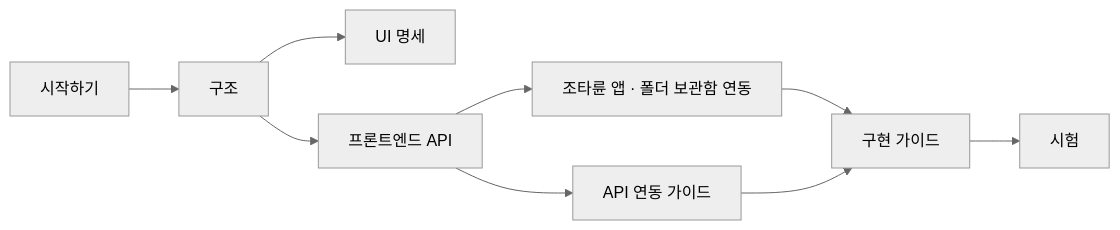
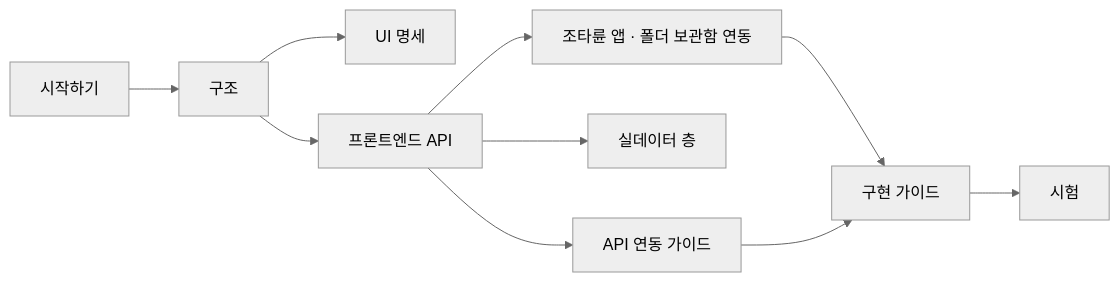
The diagram in common/lab.stellaxia.node-gui/web/docs/README.md (StellaxiaLab/modules), drawn with Mermaid (neutral theme) before and after one commit. The commit also changed other lines of this file and 13 other files, not shown here.

````diff
--- a/common/lab.stellaxia.node-gui/web/docs/README.md
+++ b/common/lab.stellaxia.node-gui/web/docs/README.md
@@ -36,9 +38,10 @@
 ```mermaid
 flowchart LR
   A["시작하기"] --> B["구조"] --> C["UI 명세"]
   B --> D["프론트엔드 API"] --> E["조타륜 앱 · 폴더 보관함 연동"]
+  D --> R["실데이터 층"]
   D --> F["API 연동 가이드"]
   E --> G["구현 가이드"]
   F --> G
   G --> H["시험"]
 ```
````
